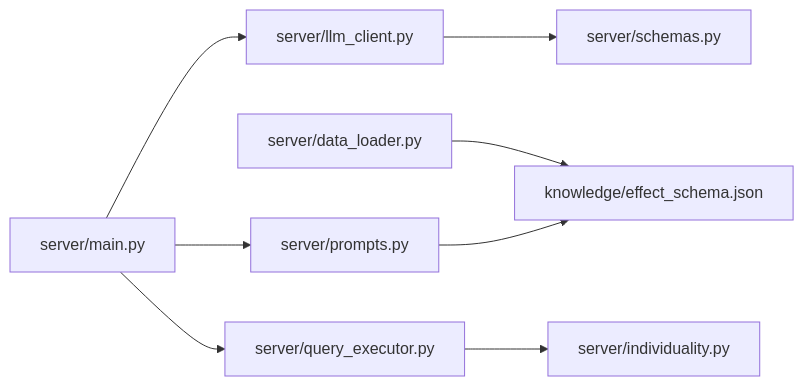
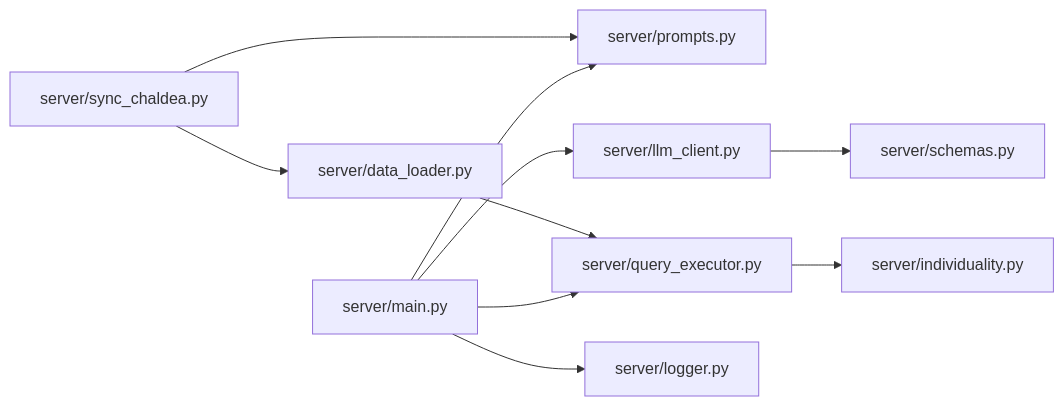
Before and after one commit to kanoha222/Laplace: the fifth of 5 diagrams in .qoder/repowiki/zh/content/核心模块/核心模块.md, drawn with Mermaid. The commit also changed other lines of this file and 54 other files, not shown here.

````diff
--- a/.qoder/repowiki/zh/content/核心模块/核心模块.md
+++ b/.qoder/repowiki/zh/content/核心模块/核心模块.md
@@ -366,10 +319,12 @@
 ```mermaid
 graph LR
-MAIN["server/main.py"] --> LLM["server/llm_client.py"]
-MAIN --> PROMPT["server/prompts.py"]
-MAIN --> EXEC["server/query_executor.py"]
-EXEC --> IND["server/individuality.py"]
-DATA["server/data_loader.py"] --> K1["knowledge/effect_schema.json"]
-LLM --> SCHEMA["server/schemas.py"]
-PROMPT --> K1
+MAIN["server/main.py"] --> PROMPTS["server/prompts.py"]
+MAIN --> LLM["server/llm_client.py"]
+MAIN --> QEXEC["server/query_executor.py"]
+MAIN --> LOGGER["server/logger.py"]
+LLM --> SCHEMAS["server/schemas.py"]
+QEXEC --> INDIV["server/individuality.py"]
+DLOAD["server/data_loader.py"] --> QEXEC
+SYNC["server/sync_chaldea.py"] --> PROMPTS
+SYNC --> DLOAD
 ```
````
